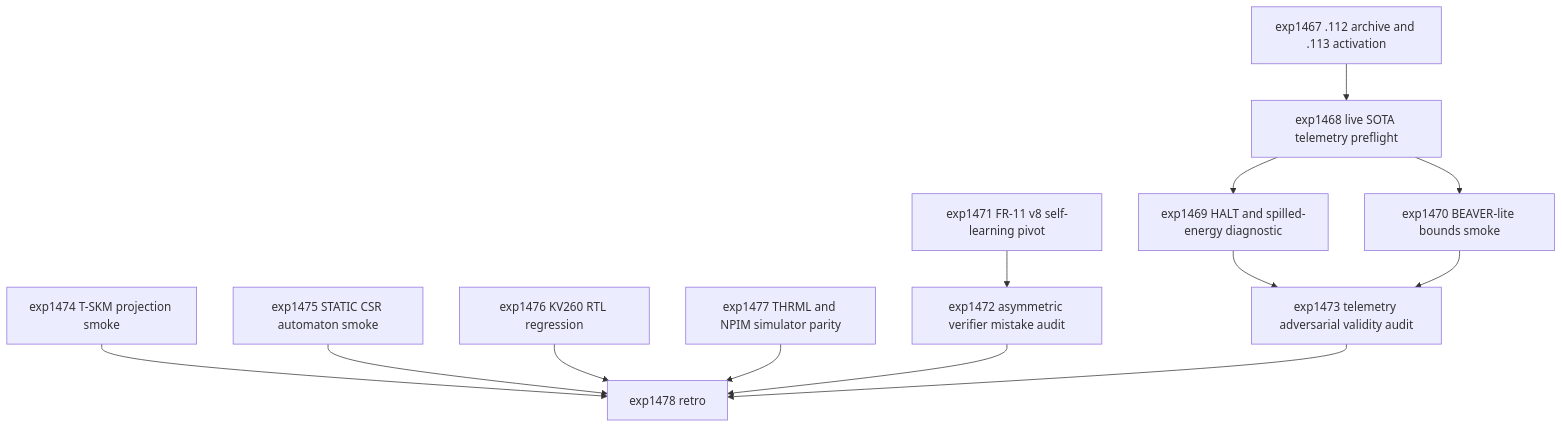
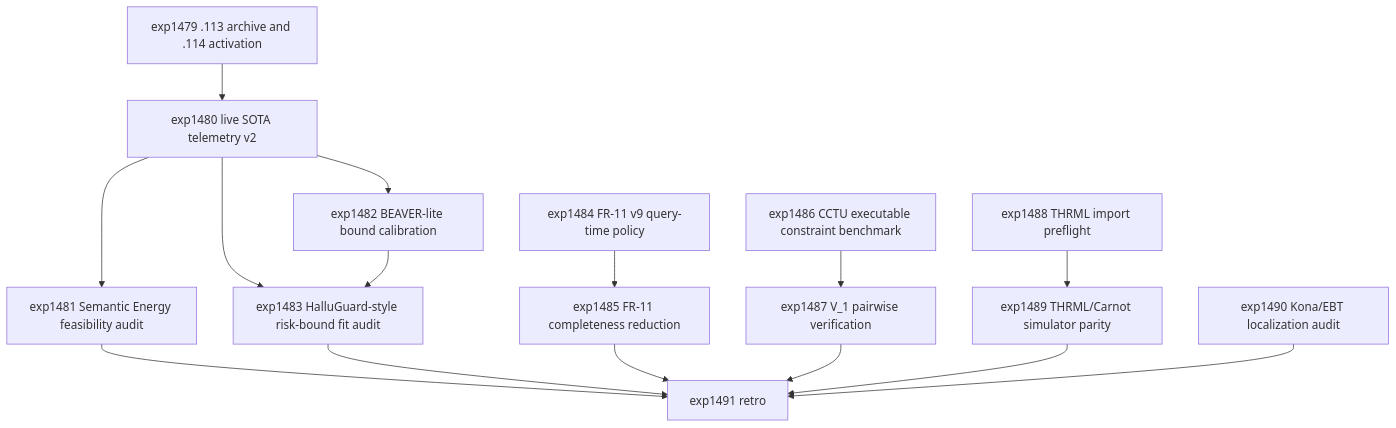
Before and after one commit to Carnot-EBM/carnot-ebm: the diagram in openspec/change-proposals/research-roadmap-vNEXT.md, drawn with Mermaid. The commit also changed other lines of this file and 5 other files, not shown here.

````diff
--- a/openspec/change-proposals/research-roadmap-vNEXT.md
+++ b/openspec/change-proposals/research-roadmap-vNEXT.md
@@ -132,28 +147,31 @@
 ```mermaid
 graph TD
-  A[exp1467 .112 archive and .113 activation]
-  B[exp1468 live SOTA telemetry preflight]
-  C[exp1469 HALT and spilled-energy diagnostic]
-  D[exp1470 BEAVER-lite bounds smoke]
-  E[exp1471 FR-11 v8 self-learning pivot]
-  F[exp1472 asymmetric verifier mistake audit]
-  G[exp1473 telemetry adversarial validity audit]
-  H[exp1474 T-SKM projection smoke]
-  I[exp1475 STATIC CSR automaton smoke]
-  J[exp1476 KV260 RTL regression]
-  K[exp1477 THRML and NPIM simulator parity]
-  L[exp1478 retro]
+  A[exp1479 .113 archive and .114 activation]
+  B[exp1480 live SOTA telemetry v2]
+  C[exp1481 Semantic Energy feasibility audit]
+  D[exp1482 BEAVER-lite bound calibration]
+  E[exp1483 HalluGuard-style risk-bound fit audit]
+  F[exp1484 FR-11 v9 query-time policy]
+  G[exp1485 FR-11 completeness reduction]
+  H[exp1486 CCTU executable constraint benchmark]
+  I[exp1487 V_1 pairwise verification]
+  J[exp1488 THRML import preflight]
+  K[exp1489 THRML/Carnot simulator parity]
+  L[exp1490 Kona/EBT localization audit]
+  M[exp1491 retro]
 
   A --> B
   B --> C
   B --> D
-  E --> F
-  C --> G
-  D --> G
-  H --> L
-  I --> L
-  J --> L
-  K --> L
-  F --> L
-  G --> L
+  B --> E
+  D --> E
+  F --> G
+  H --> I
+  J --> K
+  C --> M
+  E --> M
+  G --> M
+  I --> M
+  K --> M
+  L --> M
 ```
````
